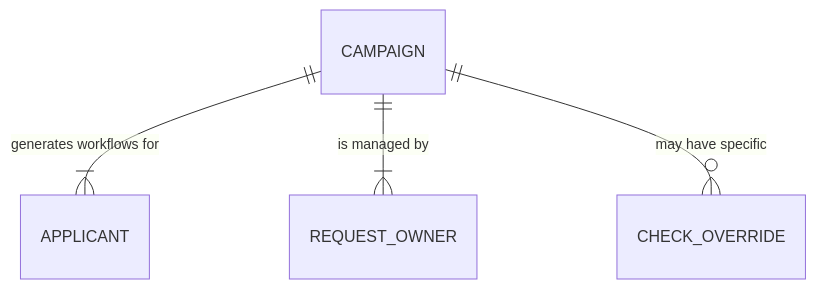
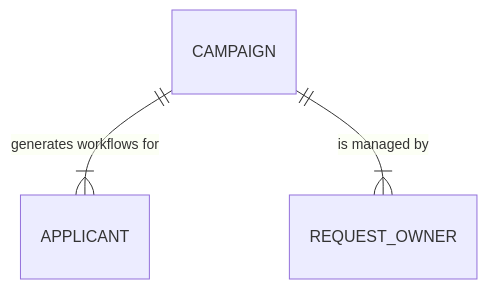
The first of 3 diagrams in APISpecs/DataModels.md (CAB-THOMAS/ERPtoPEC), drawn with Mermaid before and after one commit. The commit also changed other lines of this file, not shown here.

First line of the commit message:
Refactor data models by removing CHECK_OVERRIDE

````diff
--- a/APISpecs/DataModels.md
+++ b/APISpecs/DataModels.md
@@ -2,15 +2,12 @@
 ```mermaid
 erDiagram
     CAMPAIGN {
     }
     APPLICANT {
     }
     REQUEST_OWNER {
     }
-    CHECK_OVERRIDE {
-    }
 
     CAMPAIGN ||--|{ APPLICANT : "generates workflows for"
     CAMPAIGN ||--|{ REQUEST_OWNER : "is managed by"
-    CAMPAIGN ||--o{ CHECK_OVERRIDE : "may have specific"
 ```
````
